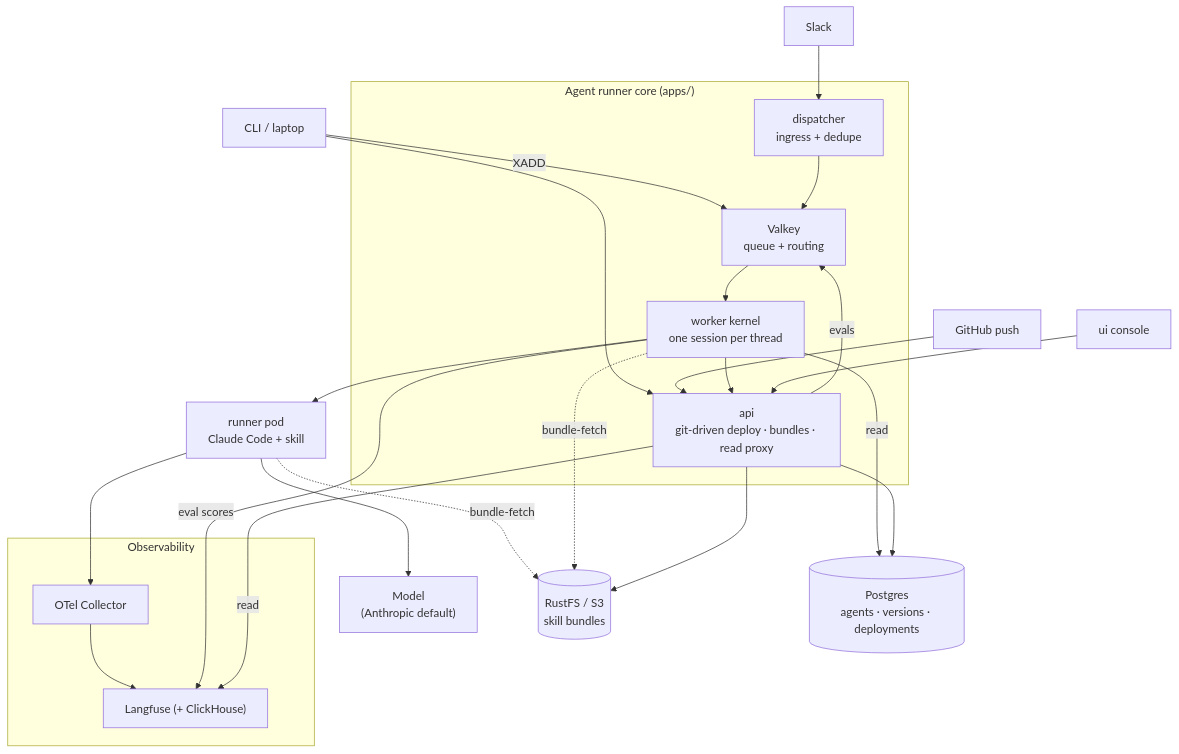
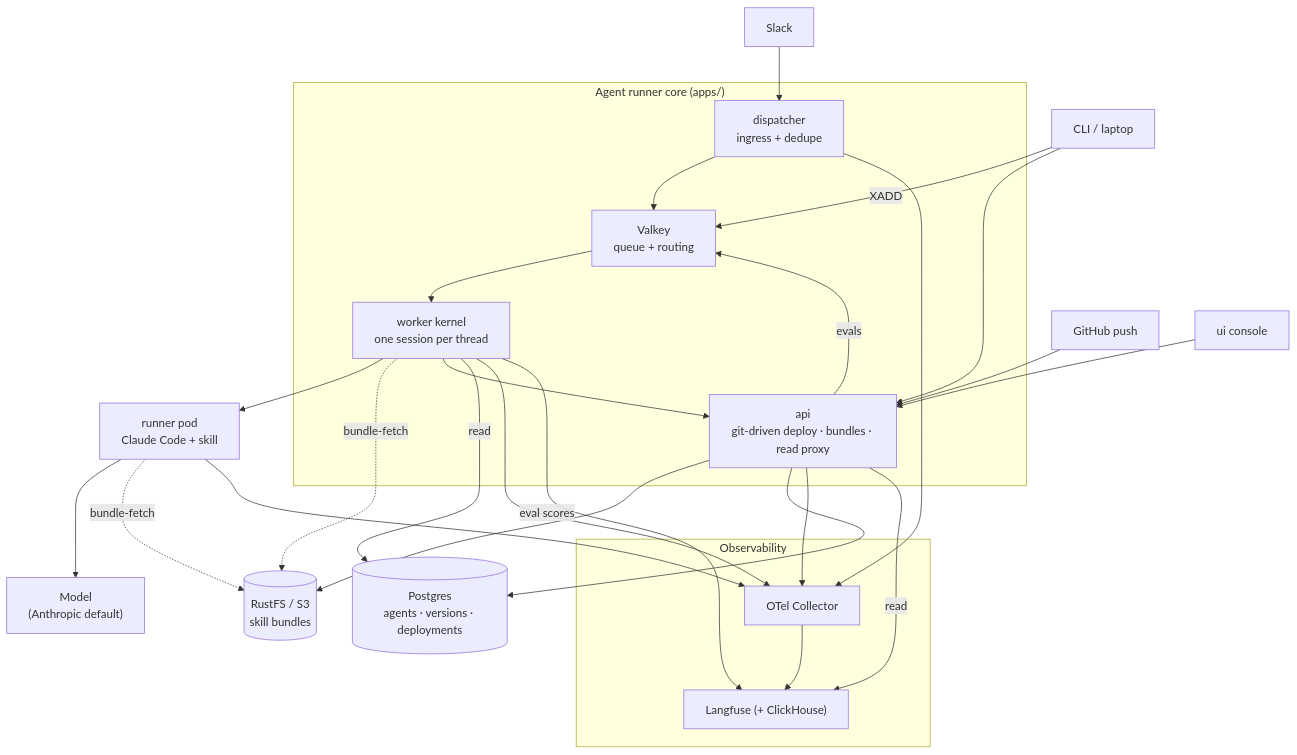
One commit to curie-eng/agentos changed the first of 3 diagrams in ARCHITECTURE.md. Above: the diagram before and after it, drawn with Mermaid. The commit also changed other lines of this file and 116 other files, not shown here.

````diff
--- a/ARCHITECTURE.md
+++ b/ARCHITECTURE.md
@@ -137,43 +137,46 @@
 ```mermaid
 flowchart TB
     Slack["Slack"]
     CLI["CLI / laptop"]
     GH["GitHub push"]
 
     subgraph core["Agent runner core (apps/)"]
         Dispatcher["dispatcher<br/>ingress + dedupe"]
         Queue["Valkey<br/>queue + routing"]
         Worker["worker kernel<br/>one session per thread"]
         API["api<br/>git-driven deploy · bundles · read proxy"]
     end
 
     Sandbox["runner pod<br/>Claude Code + skill"]
     Anthropic["Model<br/>(Anthropic default)"]
 
     UI["ui console"]
     Store[("RustFS / S3<br/>skill bundles")]
     PG[("Postgres<br/>agents · versions · deployments")]
 
     subgraph obs["Observability"]
         OTel["OTel Collector"]
         LF["Langfuse (+ ClickHouse)"]
         OTel --> LF
     end
 
     Slack --> Dispatcher
     CLI -- XADD --> Queue
     CLI --> API
     GH --> API
     Dispatcher --> Queue --> Worker --> Sandbox --> Anthropic
     API -- evals --> Queue
     Sandbox -. bundle-fetch .-> Store
     Worker -. bundle-fetch .-> Store
     Worker --> API
     Worker -- read --> PG
     API --> Store
     API --> PG
     UI --> API
+    Dispatcher --> OTel
+    Worker --> OTel
     Sandbox --> OTel
+    API --> OTel
     Worker -- eval scores --> LF
     API -- read --> LF
 ```
````
